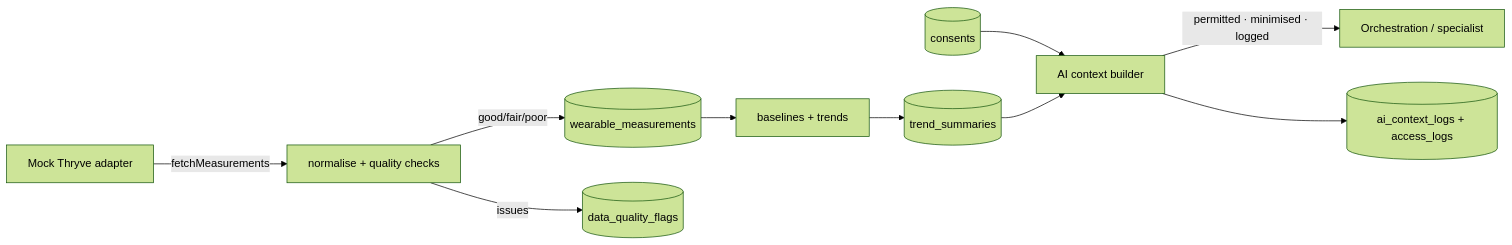
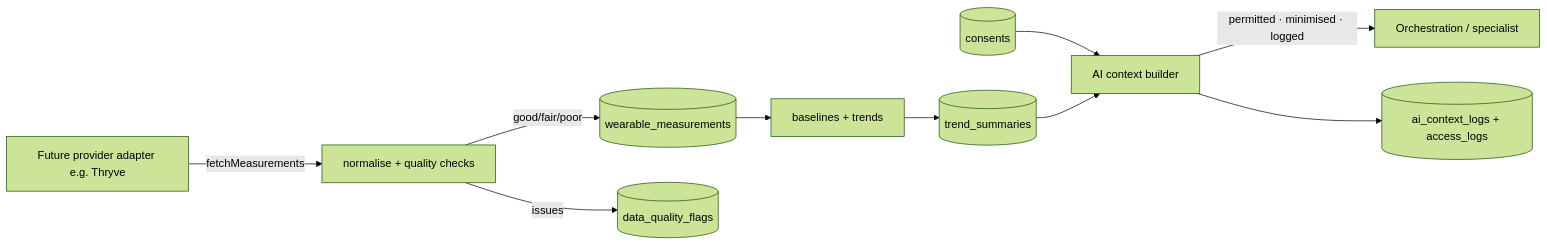
One commit to jayjay77uk/Juice-doctor changed the first of 2 diagrams in docs/architecture/17-herne-wearable.md. Above: the diagram before and after it, drawn with Mermaid (forest theme). The commit also changed other lines of this file and 115 other files, not shown here.

````diff
--- a/docs/architecture/17-herne-wearable.md
+++ b/docs/architecture/17-herne-wearable.md
@@ -32,12 +33,12 @@
 ```mermaid
 flowchart LR
-    T[Mock Thryve adapter] -->|fetchMeasurements| N[normalise + quality checks]
+    T[Future provider adapter e.g. Thryve] -->|fetchMeasurements| N[normalise + quality checks]
     N -->|good/fair/poor| M[(wearable_measurements)]
     N -->|issues| Q[(data_quality_flags)]
     M --> B[baselines + trends]
     B --> TS[(trend_summaries)]
     C[(consents)] --> AC
     TS --> AC[AI context builder]
     AC -->|permitted · minimised · logged| O[Orchestration / specialist]
     AC --> L[(ai_context_logs + access_logs)]
 ```
````
